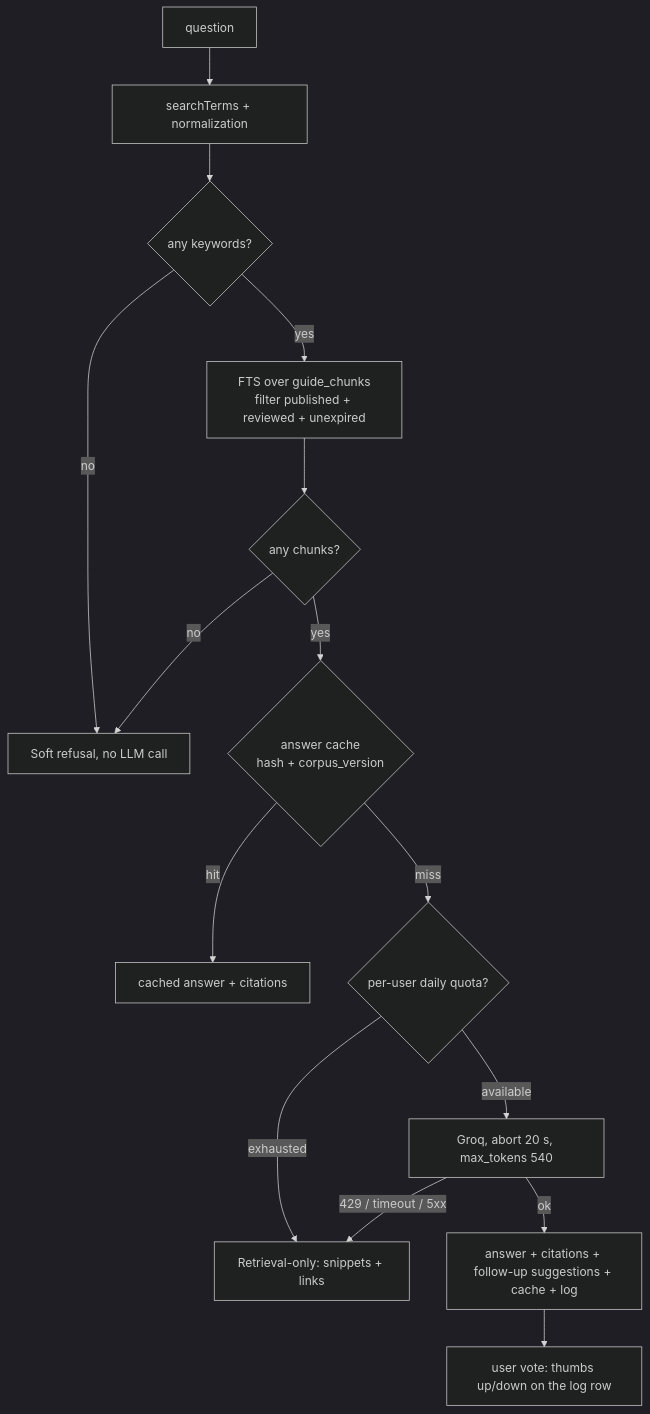
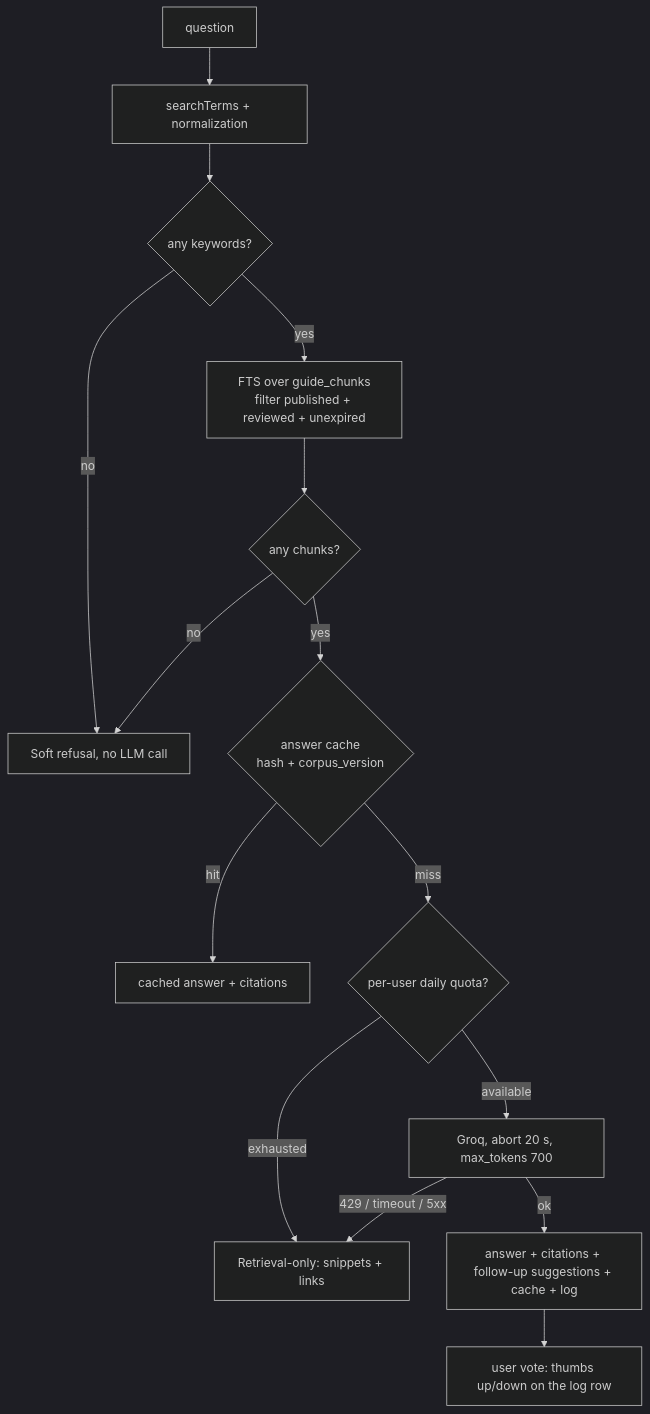
One commit to ppit-nanjing/PPIT_nanjing changed the second of 2 diagrams in docs/Guidebook Maba.md. Above: the diagram before and after it, drawn with Mermaid (dark theme). The commit also changed other lines of this file and 13 other files, not shown here.

````diff
--- a/docs/Guidebook Maba.md
+++ b/docs/Guidebook Maba.md
@@ -177,17 +178,17 @@
 ```mermaid
 graph TD
   A[question] --> B[searchTerms + normalization]
   B --> C{any keywords?}
   C -->|no| R1[Soft refusal, no LLM call]
   C -->|yes| D[FTS over guide_chunks<br/>filter published + reviewed + unexpired]
   D --> E{any chunks?}
   E -->|no| R1
   E -->|yes| F{answer cache<br/>hash + corpus_version}
   F -->|hit| G[cached answer + citations]
   F -->|miss| H{per-user daily quota?}
   H -->|exhausted| I[Retrieval-only: snippets + links]
-  H -->|available| J[Groq, abort 20 s, max_tokens 540]
+  H -->|available| J[Groq, abort 20 s, max_tokens 700]
   J -->|429 / timeout / 5xx| I
   J -->|ok| K[answer + citations + follow-up suggestions + cache + log]
   K --> L[user vote: thumbs up/down on the log row]
 ```
````
